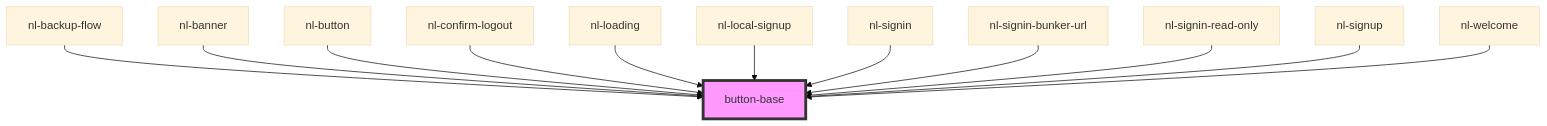
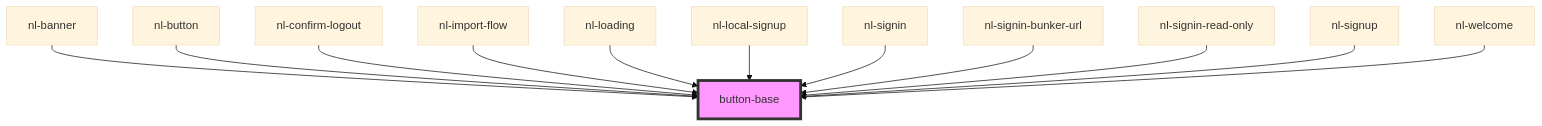
One commit to nostrband/nostr-login changed the diagram in packages/components/src/components/button-base/readme.md. Above: the diagram before and after it, drawn with Mermaid (base theme). The commit also changed other lines of this file and 19 other files, not shown here.

Commit message:
Implement localSignup and setLocal, implement wrapper around import flow

````diff
--- a/packages/components/src/components/button-base/readme.md
+++ b/packages/components/src/components/button-base/readme.md
@@ -33,15 +33,15 @@
 ```mermaid
 graph TD;
-  nl-backup-flow --> button-base
   nl-banner --> button-base
   nl-button --> button-base
   nl-confirm-logout --> button-base
+  nl-import-flow --> button-base
   nl-loading --> button-base
   nl-local-signup --> button-base
   nl-signin --> button-base
   nl-signin-bunker-url --> button-base
   nl-signin-read-only --> button-base
   nl-signup --> button-base
   nl-welcome --> button-base
   style button-base fill:#f9f,stroke:#333,stroke-width:4px
 ```
````
